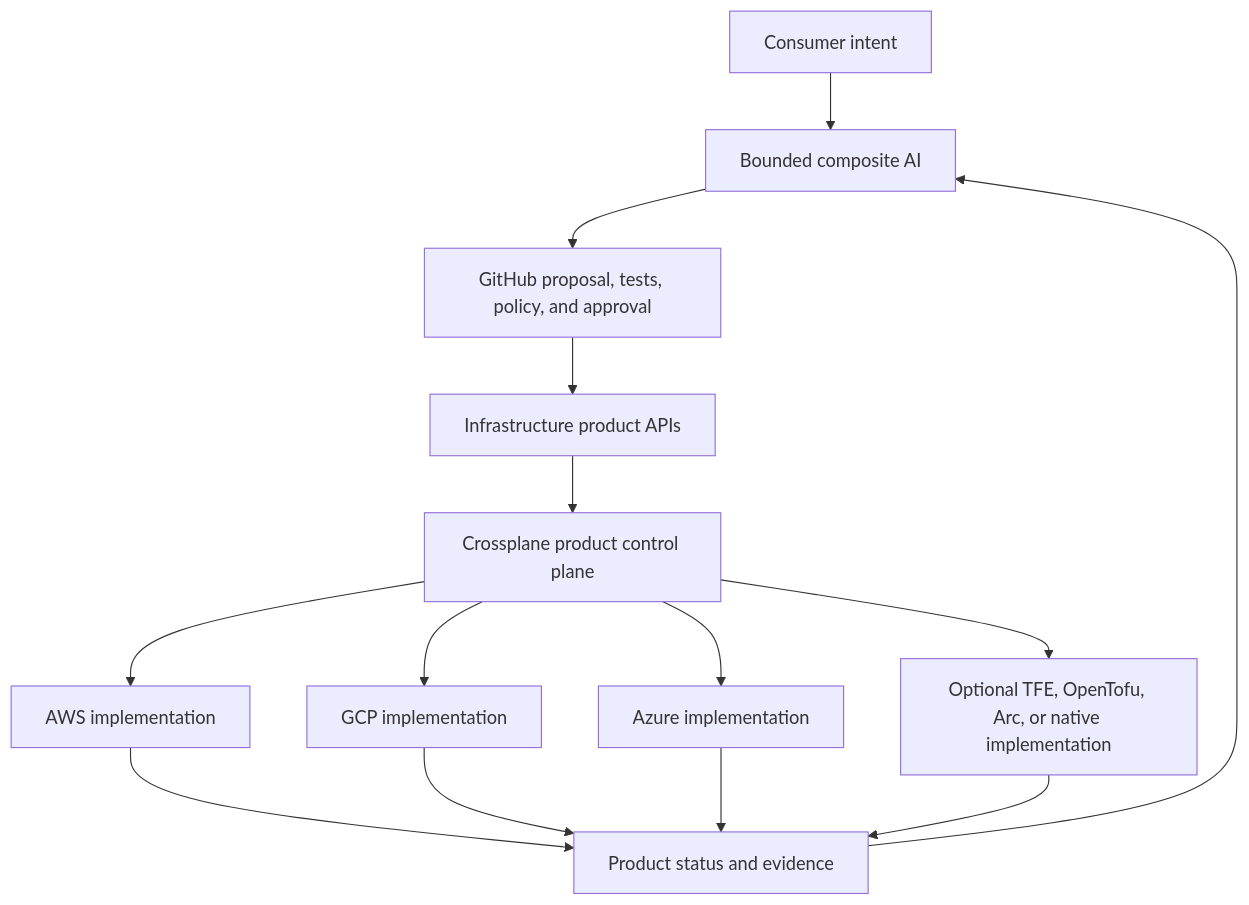
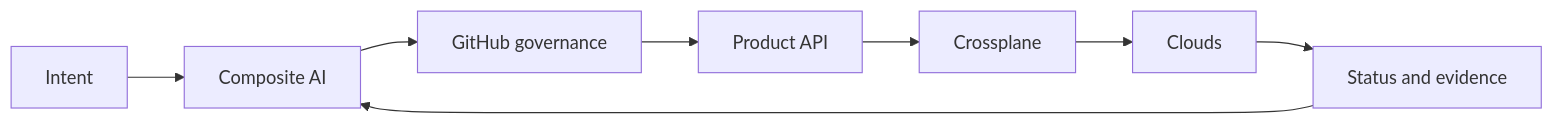
The diagram in docs/index.md (SAABOLImpactVenture/ai-powered-infrastructure-as-a-product), drawn with Mermaid before and after one commit. The commit also changed other lines of this file and 1052 other files, not shown here.

First line of the commit message:
Supersede legacy accelerator stack with modern IaaP reference architecture (#91)

````diff
--- a/docs/index.md
+++ b/docs/index.md
@@ -22,24 +9,10 @@
 ```mermaid
-flowchart TB
-  C[Consumer intent]
-  AI[Bounded composite AI]
-  G[GitHub proposal, tests, policy, and approval]
-  P[Infrastructure product APIs]
-  X[Crossplane product control plane]
-  A[AWS implementation]
-  GC[GCP implementation]
-  AZ[Azure implementation]
-  O[Optional TFE, OpenTofu, Arc, or native implementation]
-  E[Product status and evidence]
-
-  C --> AI --> G --> P --> X
-  X --> A
-  X --> GC
-  X --> AZ
-  X --> O
-  A --> E
-  GC --> E
-  AZ --> E
-  O --> E
+flowchart LR
+  I[Intent] --> AI[Composite AI]
+  AI --> G[GitHub governance]
+  G --> P[Product API]
+  P --> X[Crossplane]
+  X --> C[Clouds]
+  C --> E[Status and evidence]
   E --> AI
 ```
````
